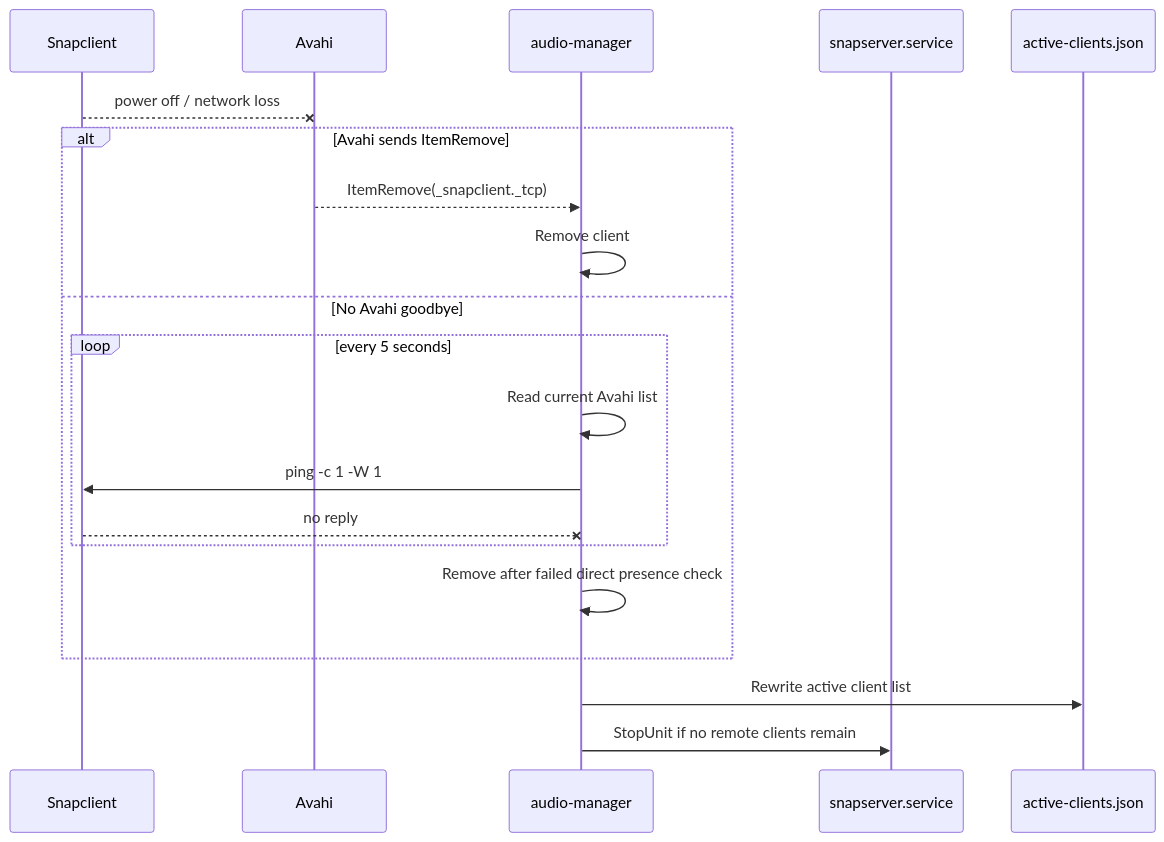
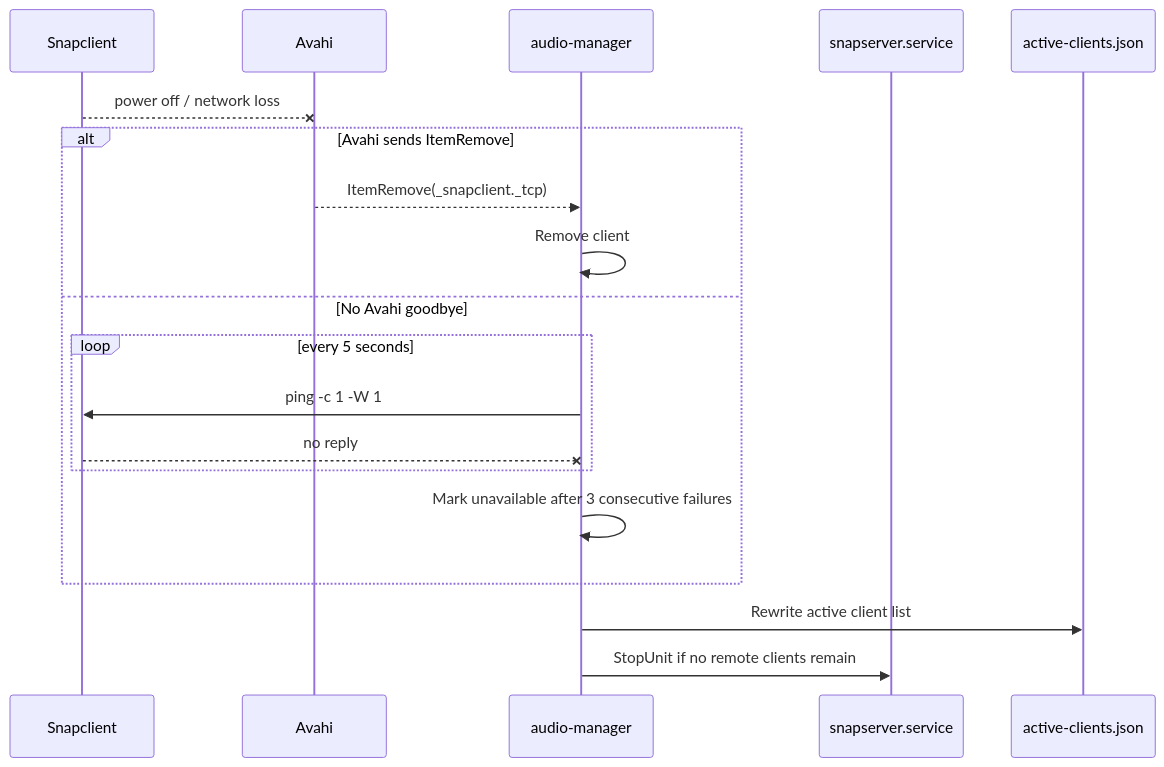
The fourth of 6 diagrams in docs/AUDIO_MANAGER.md (bartek56/meta-mediaserver), drawn with Mermaid before and after one commit. The commit also changed other lines of this file and 11 other files, not shown here.

````diff
--- a/docs/AUDIO_MANAGER.md
+++ b/docs/AUDIO_MANAGER.md
@@ -435,23 +481,22 @@
 ```mermaid
 sequenceDiagram
     participant DEV as Snapclient
     participant AV as Avahi
     participant AM as audio-manager
     participant SS as snapserver.service
     participant JSON as active-clients.json
 
     DEV--xAV: power off / network loss
     alt Avahi sends ItemRemove
         AV-->>AM: ItemRemove(_snapclient._tcp)
         AM->>AM: Remove client
     else No Avahi goodbye
         loop every 5 seconds
-            AM->>AM: Read current Avahi list
             AM->>DEV: ping -c 1 -W 1
             DEV--xAM: no reply
         end
-        AM->>AM: Remove after failed direct presence check
+        AM->>AM: Mark unavailable after 3 consecutive failures
     end
     AM->>JSON: Rewrite active client list
     AM->>SS: StopUnit if no remote clients remain
 ```
````
